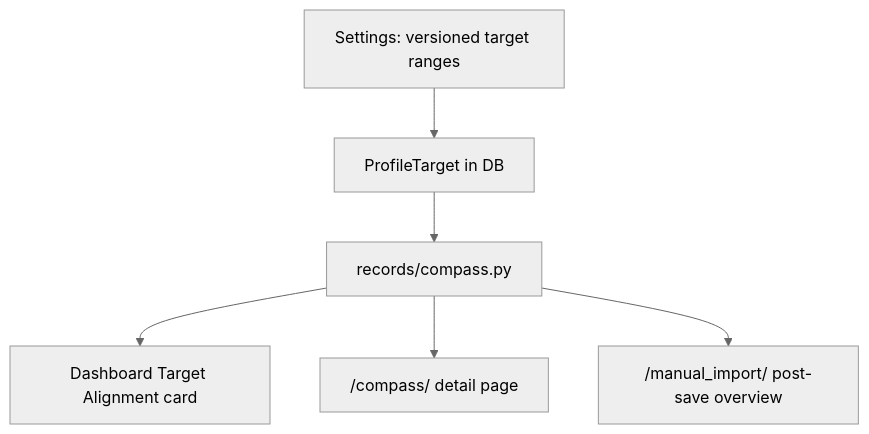
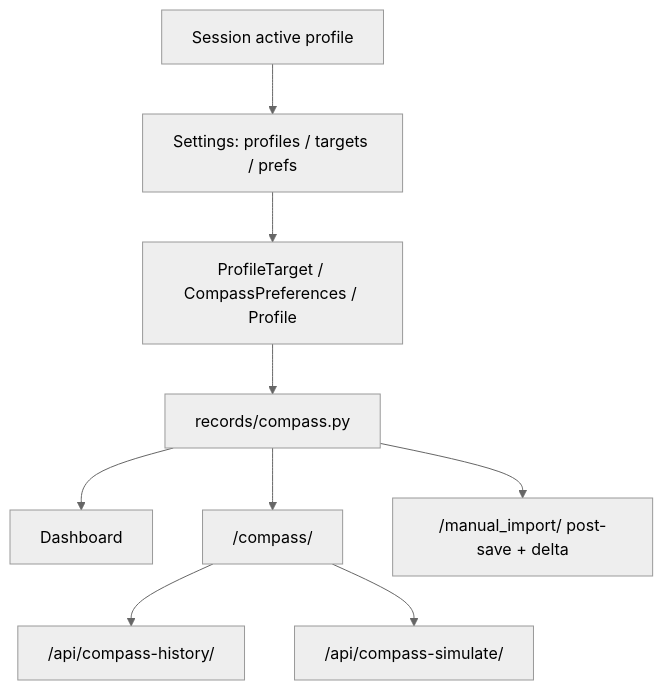
One commit to didac-crst/body-history changed the diagram in docs/features/body-compass-as-built.md. Above: the diagram before and after it, drawn with Mermaid (neutral theme). The commit also changed other lines of this file and 30 other files, not shown here.

````diff
--- a/docs/features/body-compass-as-built.md
+++ b/docs/features/body-compass-as-built.md
@@ -11,8 +14,11 @@
 ```mermaid
 flowchart TB
-  settings["Settings: versioned target ranges"] --> db["ProfileTarget in DB"]
+  profiles["Session active profile"] --> settings["Settings: profiles / targets / prefs"]
+  settings --> db["ProfileTarget / CompassPreferences / Profile"]
   db --> service["records/compass.py"]
-  service --> dash["Dashboard Target Alignment card"]
-  service --> page["/compass/ detail page"]
-  service --> mobile["/manual_import/ post-save overview"]
+  service --> dash["Dashboard"]
+  service --> page["/compass/"]
+  service --> mobile["/manual_import/ post-save + delta"]
+  page --> historyApi["/api/compass-history/"]
+  page --> simApi["/api/compass-simulate/"]
 ```
````
